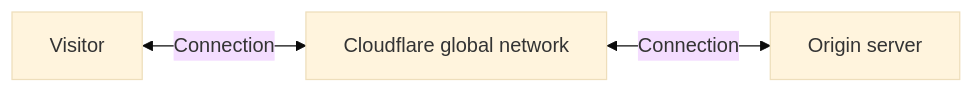
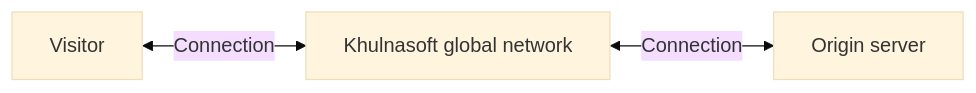
The diagram in content/dns/_partials/_proxied-records-definition.md (NxPKG/khulnasoft-docs), drawn with Mermaid (base theme) before and after one commit. The commit also changed other lines of this file and 2914 other files, not shown here.

````diff
--- a/content/dns/_partials/_proxied-records-definition.md
+++ b/content/dns/_partials/_proxied-records-definition.md
@@ -10,5 +10,5 @@
 ```mermaid
 flowchart LR
-accTitle: Connections with Cloudflare
-A[Visitor] <-- Connection --> B[Cloudflare global network] <-- Connection --> C[Origin server]
+accTitle: Connections with Khulnasoft
+A[Visitor] <-- Connection --> B[Khulnasoft global network] <-- Connection --> C[Origin server]
 ```
````
